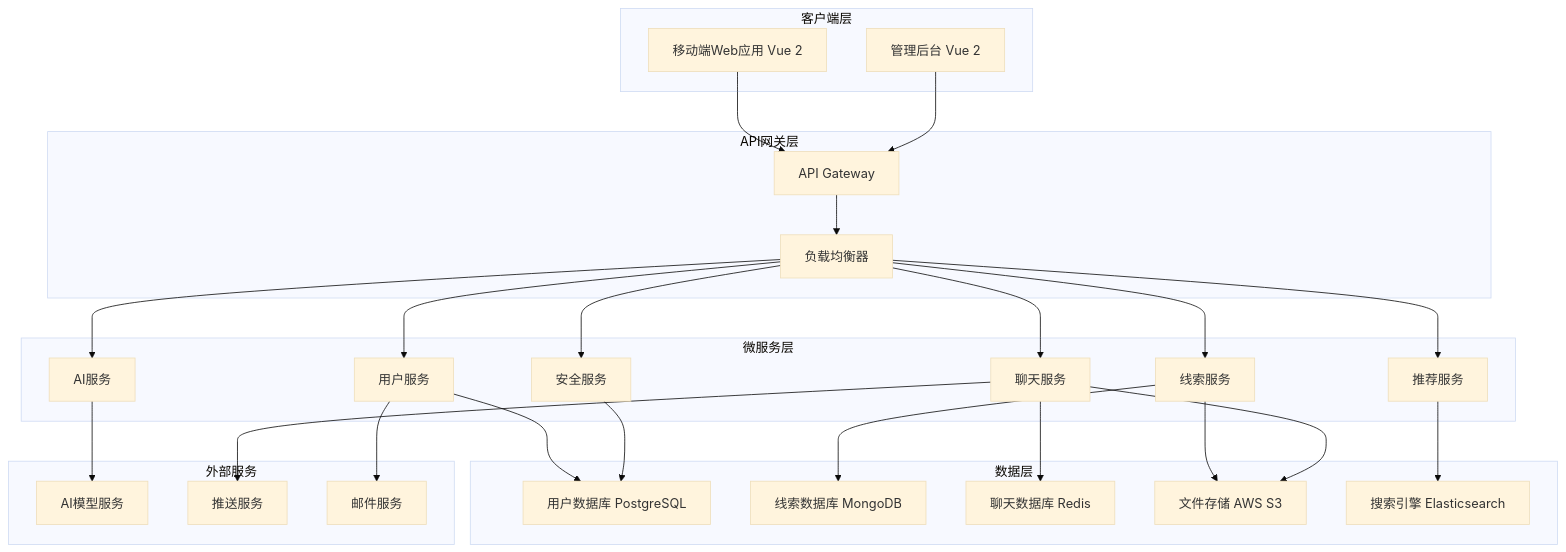
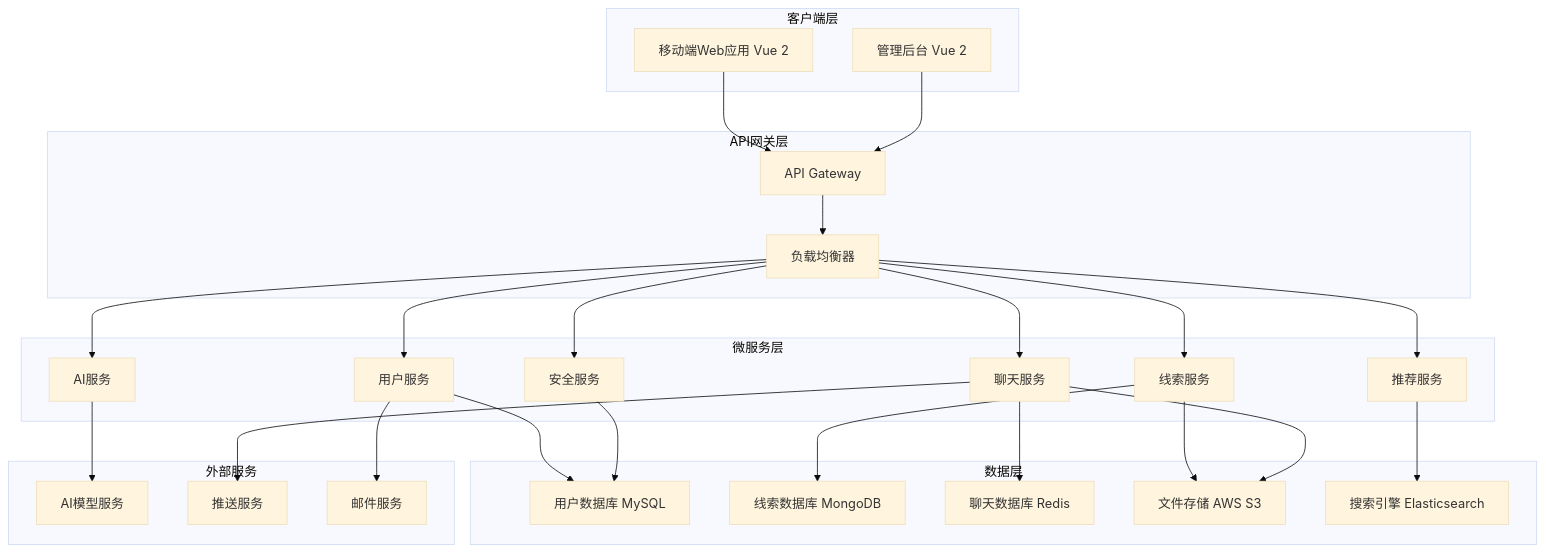
One commit to WYThua/ThreadBond changed the diagram in .kiro/specs/threadbond-app/design.md. Above: the diagram before and after it, drawn with Mermaid (base theme). The commit also changed other lines of this file and 1 other file, not shown here.

````diff
--- a/.kiro/specs/threadbond-app/design.md
+++ b/.kiro/specs/threadbond-app/design.md
@@ -11,57 +11,57 @@
 ```mermaid
 graph TB
     subgraph "客户端层"
         A[移动端Web应用 Vue 2]
         B[管理后台 Vue 2]
     end
 
     subgraph "API网关层"
         C[API Gateway]
         D[负载均衡器]
     end
 
     subgraph "微服务层"
         E[用户服务]
         F[线索服务]
         G[聊天服务]
         H[AI服务]
         I[推荐服务]
         J[安全服务]
     end
 
     subgraph "数据层"
-        K[用户数据库 PostgreSQL]
+        K[用户数据库 MySQL]
         L[线索数据库 MongoDB]
         M[聊天数据库 Redis]
         N[文件存储 AWS S3]
         O[搜索引擎 Elasticsearch]
     end
 
     subgraph "外部服务"
         P[AI模型服务]
         Q[推送服务]
         R[邮件服务]
     end
 
     A --> C
     B --> C
     C --> D
     D --> E
     D --> F
     D --> G
     D --> H
     D --> I
     D --> J
 
     E --> K
     F --> L
     G --> M
     H --> P
     I --> O
     J --> K
 
     F --> N
     G --> N
     E --> R
     G --> Q
 ```
````
